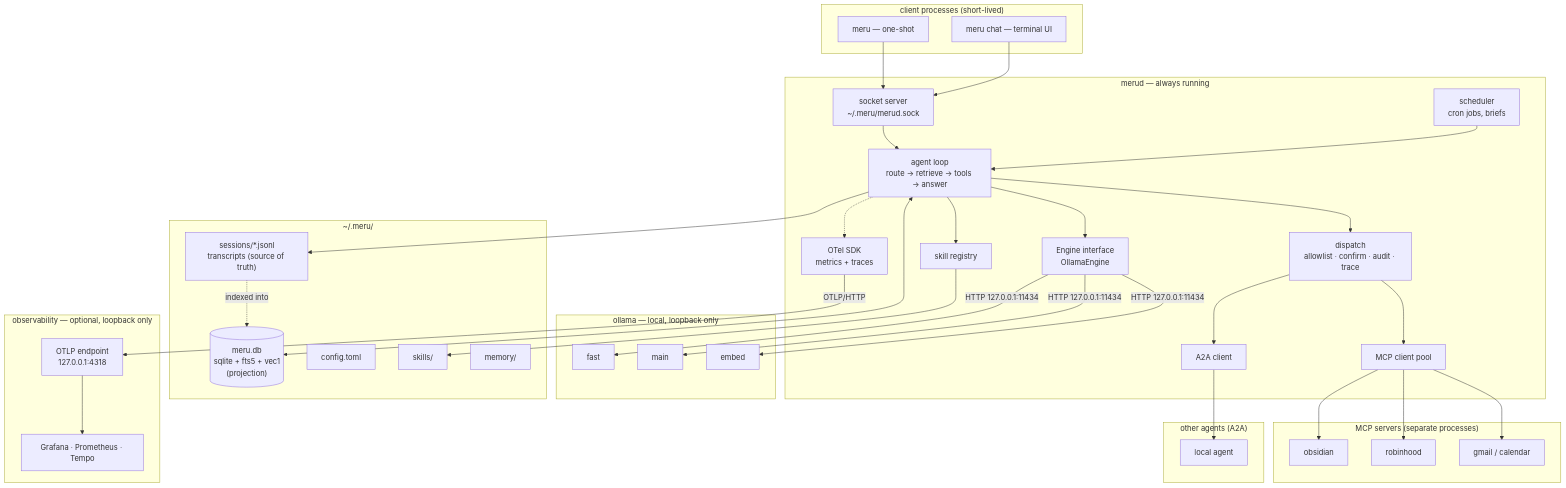
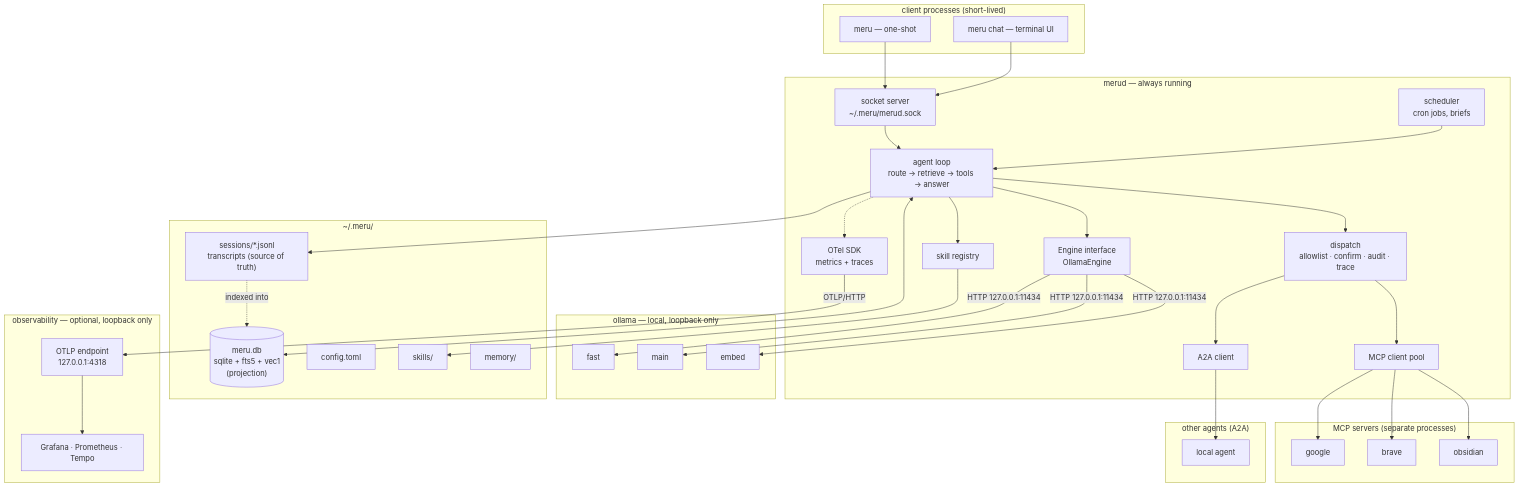
One commit to aarora79/meru changed the first of 5 diagrams in ARCHITECTURE.md. Above: the diagram before and after it, drawn with Mermaid. The commit also changed other lines of this file and 8 other files, not shown here.

````diff
--- a/ARCHITECTURE.md
+++ b/ARCHITECTURE.md
@@ -133,67 +133,67 @@
 ```mermaid
 flowchart TB
     subgraph client["client processes (short-lived)"]
         CLI["meru — one-shot"]
         TUI["meru chat — terminal UI"]
     end
 
     subgraph daemon["merud — always running"]
         RPC["socket server<br/>~/.meru/merud.sock"]
         LOOP["agent loop<br/>route → retrieve → tools → answer"]
         SCHED["scheduler<br/>cron jobs, briefs"]
         EP["Engine interface<br/>OllamaEngine"]
         DISP["dispatch<br/>allowlist · confirm · audit · trace"]
         MCPC["MCP client pool"]
         A2AC["A2A client"]
         SKILLS["skill registry"]
         OTEL["OTel SDK<br/>metrics + traces"]
     end
 
     subgraph ollama["ollama — local, loopback only"]
         FAST["fast"]
         MAIN["main"]
         EMB["embed"]
     end
 
     subgraph store["~/.meru/"]
         SESS["sessions/*.jsonl<br/>transcripts (source of truth)"]
         DB[("meru.db<br/>sqlite + fts5 + vec1<br/>(projection)")]
         CFG["config.toml"]
         SKD["skills/"]
         MEMD["memory/"]
     end
 
     subgraph ext["MCP servers (separate processes)"]
-        S1["obsidian"]
-        S2["robinhood"]
-        S3["gmail / calendar"]
+        S1["google"]
+        S2["brave"]
+        S3["obsidian"]
     end
 
     subgraph agents["other agents (A2A)"]
         AG1["local agent"]
     end
 
     subgraph obs["observability — optional, loopback only"]
         COL["OTLP endpoint<br/>127.0.0.1:4318"]
         GRAF["Grafana · Prometheus · Tempo"]
     end
 
     CLI --> RPC
     TUI --> RPC
     RPC --> LOOP
     SCHED --> LOOP
     LOOP --> EP
     EP -- "HTTP 127.0.0.1:11434" --> FAST & MAIN & EMB
     LOOP --> DISP
     DISP --> MCPC & A2AC
     MCPC --> S1 & S2 & S3
     A2AC --> AG1
     LOOP --> SKILLS
     SKILLS --> SKD
     LOOP --> SESS
     SESS -. "indexed into" .-> DB
     LOOP <--> DB
     LOOP -.-> OTEL
     OTEL -- "OTLP/HTTP" --> COL
     COL --> GRAF
 ```
````
